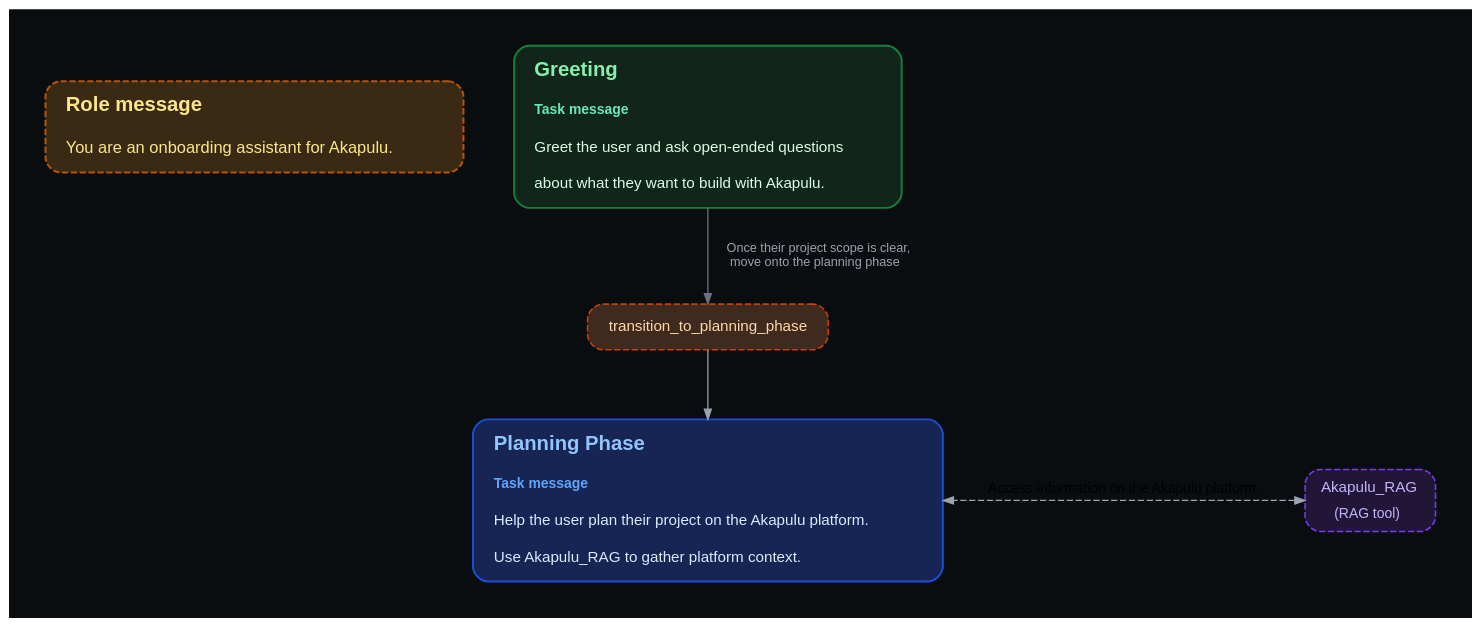
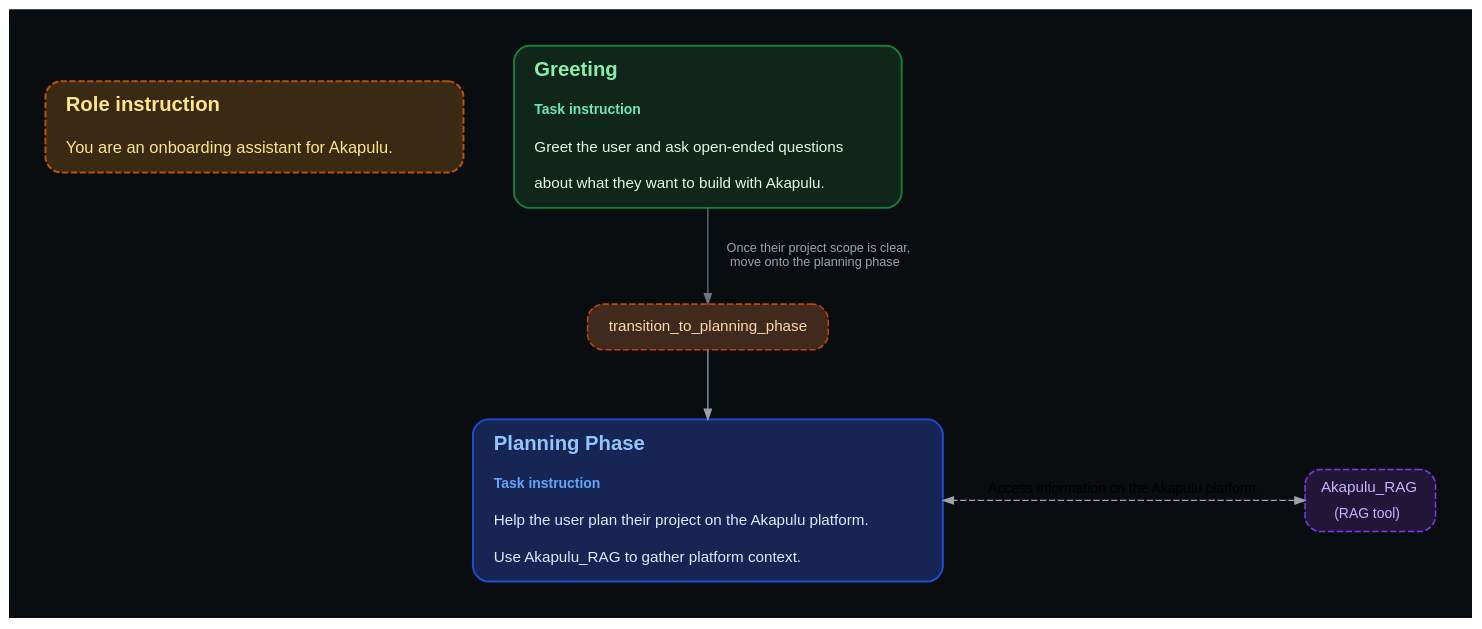
Before and after one commit to william-akapulu/docs: the diagram in images/guides/scenarios/overview/scenario-outline.dot, drawn with Graphviz. The commit also changed 37 other files, not shown here.

```diff
--- a/images/guides/scenarios/overview/scenario-outline.dot
+++ b/images/guides/scenarios/overview/scenario-outline.dot
@@ -1,107 +1,107 @@
 digraph ScenarioOutline {
   graph [
     rankdir=TB,
     bgcolor="#0a0d10",
     pad="0.4",
     nodesep="0.55",
     ranksep="0.75",
     splines=true
   ];
 
   node [
     shape=box,
     style="rounded,filled",
     fontname="Helvetica",
     color="#475569"
   ];
 
   edge [
     color="#9ca3af",
     fontname="Helvetica",
     fontsize=11,
     arrowsize=0.8
   ];
 
-  role_message [
+  role_instruction [
     label=<
       <TABLE BORDER="0" CELLBORDER="0" CELLPADDING="8" CELLSPACING="0">
-        <TR><TD ALIGN="LEFT"><FONT COLOR="#fde68a" POINT-SIZE="16"><B>Role message</B></FONT></TD></TR>
+        <TR><TD ALIGN="LEFT"><FONT COLOR="#fde68a" POINT-SIZE="16"><B>Role instruction</B></FONT></TD></TR>
         <TR><TD ALIGN="LEFT"><FONT COLOR="#fde68a" POINT-SIZE="13">You are an onboarding assistant for Akapulu.</FONT></TD></TR>
       </TABLE>
     >,
     fillcolor="#3a2a14",
     color="#b45309",
     style="rounded,dashed,filled",
     penwidth=1.6
   ];
 
   greeting [
     label=<
       <TABLE BORDER="0" CELLBORDER="0" CELLPADDING="8" CELLSPACING="0">
         <TR><TD ALIGN="LEFT"><FONT COLOR="#86efac" POINT-SIZE="16"><B>Greeting</B></FONT></TD></TR>
-        <TR><TD ALIGN="LEFT"><FONT COLOR="#6ee7b7" POINT-SIZE="11"><B>Task message</B></FONT></TD></TR>
+        <TR><TD ALIGN="LEFT"><FONT COLOR="#6ee7b7" POINT-SIZE="11"><B>Task instruction</B></FONT></TD></TR>
         <TR><TD ALIGN="LEFT"><FONT COLOR="#dcfce7" POINT-SIZE="12">Greet the user and ask open-ended questions</FONT></TD></TR>
         <TR><TD ALIGN="LEFT"><FONT COLOR="#dcfce7" POINT-SIZE="12">about what they want to build with Akapulu.</FONT></TD></TR>
       </TABLE>
     >,
     fillcolor="#10261a",
     color="#15803d",
     penwidth=1.5
   ];
 
   planning_phase [
     label=<
       <TABLE BORDER="0" CELLBORDER="0" CELLPADDING="8" CELLSPACING="0">
         <TR><TD ALIGN="LEFT"><FONT COLOR="#93c5fd" POINT-SIZE="16"><B>Planning Phase</B></FONT></TD></TR>
-        <TR><TD ALIGN="LEFT"><FONT COLOR="#60a5fa" POINT-SIZE="11"><B>Task message</B></FONT></TD></TR>
+        <TR><TD ALIGN="LEFT"><FONT COLOR="#60a5fa" POINT-SIZE="11"><B>Task instruction</B></FONT></TD></TR>
         <TR><TD ALIGN="LEFT"><FONT COLOR="#dbeafe" POINT-SIZE="12">Help the user plan their project on the Akapulu platform.</FONT></TD></TR>
         <TR><TD ALIGN="LEFT"><FONT COLOR="#dbeafe" POINT-SIZE="12">Use Akapulu_RAG to gather platform context.</FONT></TD></TR>
       </TABLE>
     >,
     fillcolor="#172554",
     color="#1d4ed8",
     penwidth=1.5
   ];
 
   transition_to_planning_phase [
     label="transition_to_planning_phase",
     fillcolor="#3f2a1d",
     color="#c2410c",
     fontcolor="#fed7aa",
     style="rounded,dashed,filled",
     fontsize=12,
     penwidth=1.2
   ];
 
   akapulu_rag [
     label=<
       <TABLE BORDER="0" CELLBORDER="0" CELLPADDING="4" CELLSPACING="0">
         <TR><TD ALIGN="CENTER"><FONT POINT-SIZE="12">Akapulu_RAG</FONT></TD></TR>
         <TR><TD ALIGN="CENTER"><FONT POINT-SIZE="11">(RAG tool)</FONT></TD></TR>
       </TABLE>
     >,
     fillcolor="#221638",
     color="#7c3aed",
     fontcolor="#c4b5fd",
     style="rounded,dashed,filled",
     fontsize=12,
     penwidth=1.2
   ];
 
   { rank=same; akapulu_rag; planning_phase; }
 
   greeting -> transition_to_planning_phase [
     label="   Once their project scope is clear,\nmove onto the planning phase",
     fontsize=10,
     fontcolor="#9ca3af",
     color="#6b7280"
   ];
   akapulu_rag -> planning_phase [
     label="Access information on the Akapulu platform.",
     style="dashed",
     dir="both",
     constraint=false
   ];
 
   transition_to_planning_phase -> planning_phase;
 }
```
